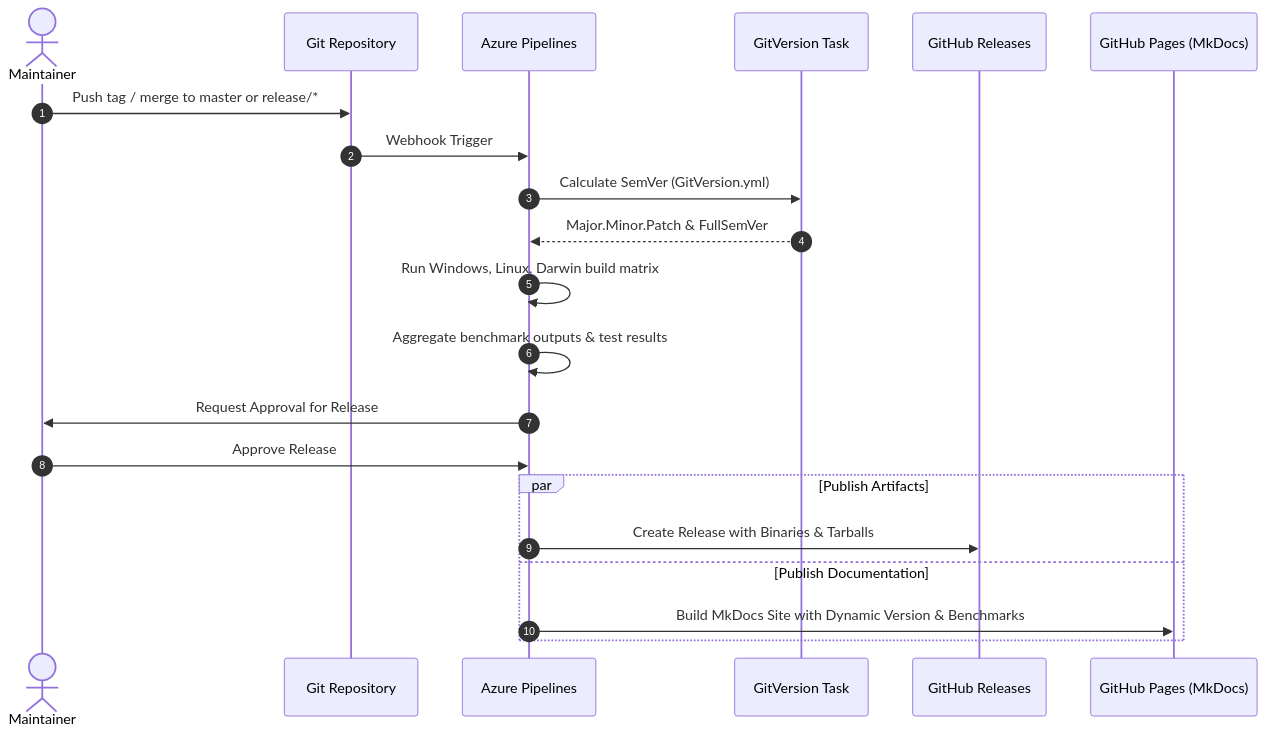
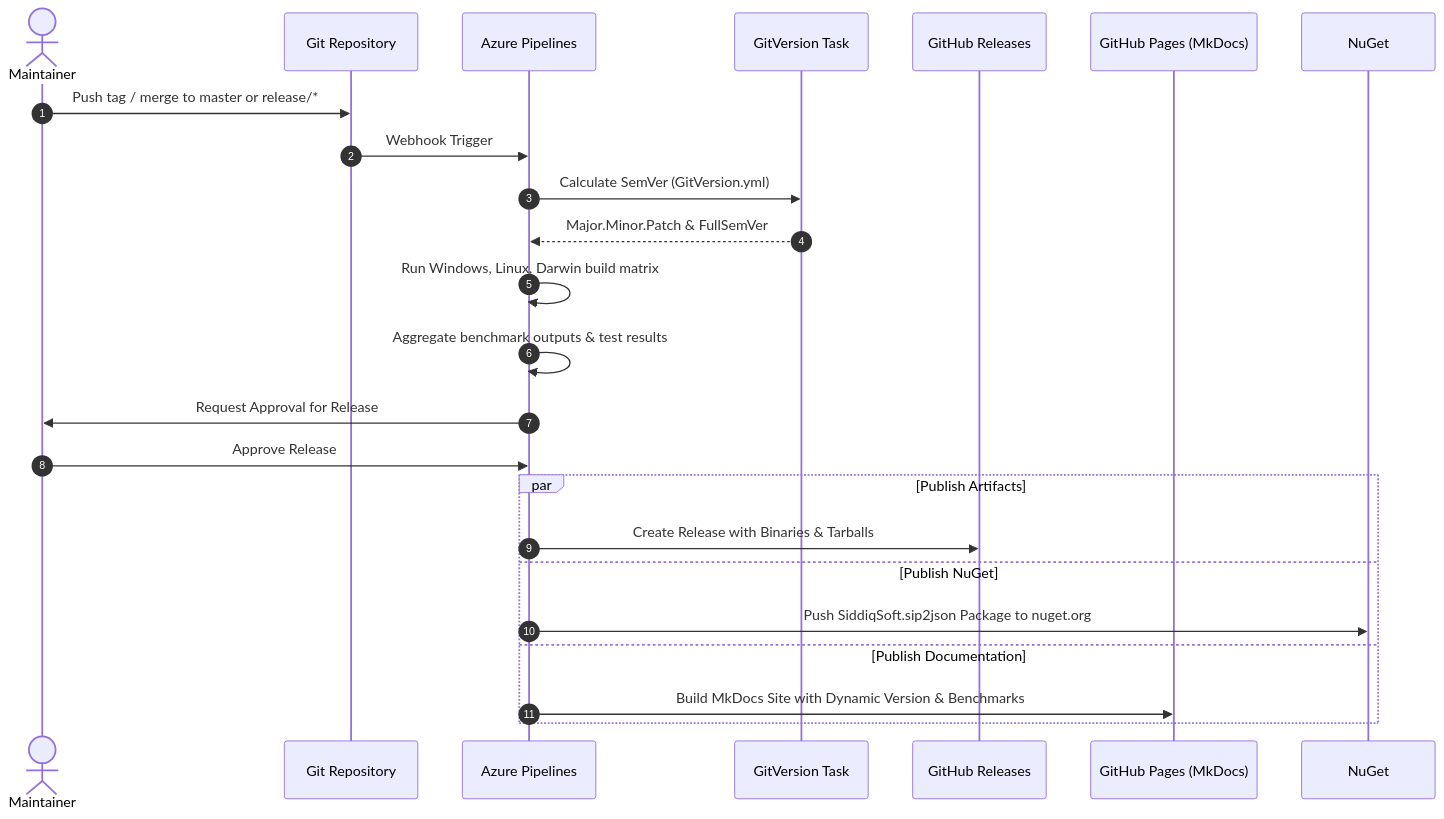
Before and after one commit to SiddiqSoft/sip2json: the third of 3 diagrams in docs/maintainers/pipelines.md, drawn with Mermaid. The commit also changed other lines of this file and 6 other files, not shown here.

First line of the commit message:
feat: re-enable NuGet package creation and publication

````diff
--- a/docs/maintainers/pipelines.md
+++ b/docs/maintainers/pipelines.md
@@ -227,24 +227,26 @@
 ```mermaid
 sequenceDiagram
     autonumber
     actor Maintainer
     participant Git as Git Repository
     participant Pipeline as Azure Pipelines
     participant GitVersion as GitVersion Task
     participant GitHub as GitHub Releases
     participant Pages as GitHub Pages (MkDocs)
 
     Maintainer->>Git: Push tag / merge to master or release/*
     Git->>Pipeline: Webhook Trigger
     Pipeline->>GitVersion: Calculate SemVer (GitVersion.yml)
     GitVersion-->>Pipeline: Major.Minor.Patch & FullSemVer
     Pipeline->>Pipeline: Run Windows, Linux, Darwin build matrix
     Pipeline->>Pipeline: Aggregate benchmark outputs & test results
     Pipeline->>Maintainer: Request Approval for Release
     Maintainer->>Pipeline: Approve Release
     par Publish Artifacts
         Pipeline->>GitHub: Create Release with Binaries & Tarballs
+    and Publish NuGet
+        Pipeline->>NuGet: Push SiddiqSoft.sip2json Package to nuget.org
     and Publish Documentation
         Pipeline->>Pages: Build MkDocs Site with Dynamic Version & Benchmarks
     end
 ```
````
